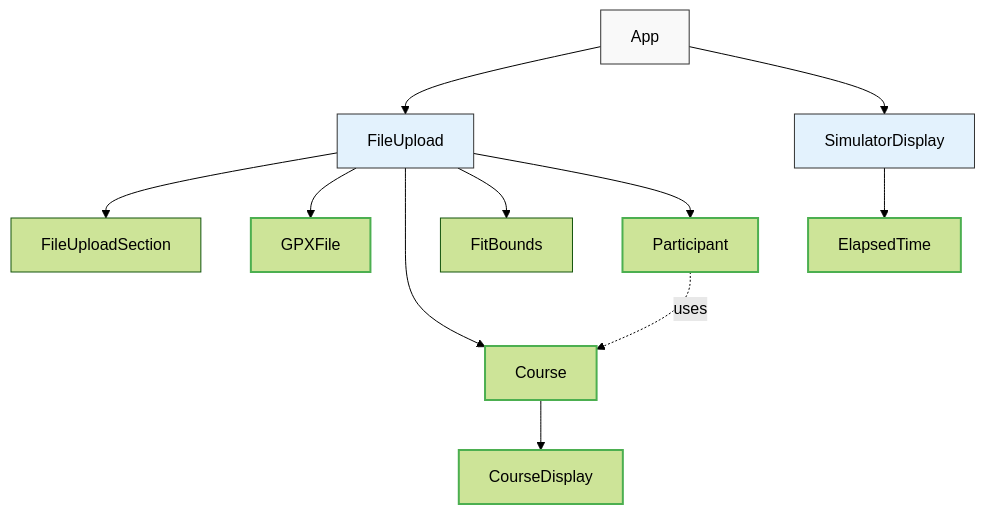
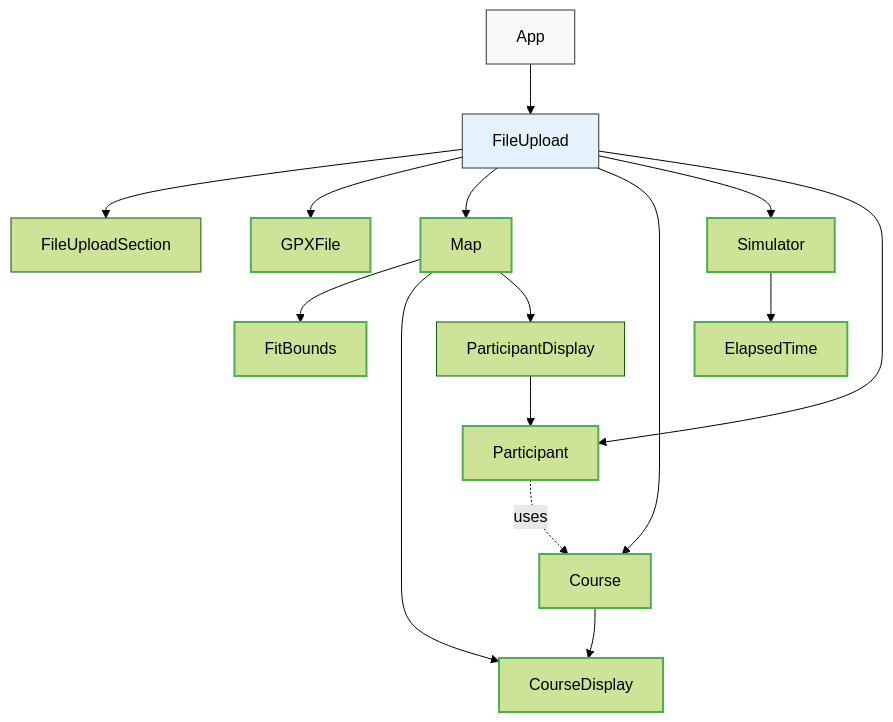
Before and after one commit to johnsyweb/crashcourse: the diagram in README.md, drawn with Mermaid (forest theme). The commit also changed other lines of this file and 17 other files, not shown here.

````diff
--- a/README.md
+++ b/README.md
@@ -133,22 +143,28 @@
 ```mermaid
 graph TD
     App[App] --> FU[FileUpload]
-    App --> SD[SimulatorDisplay]
     FU --> FUS[FileUploadSection]
     FU --> GPX[GPXFile]
+    FU --> M[Map]
+    M --> FB[FitBounds]
+    M --> CD[CourseDisplay]
+    M --> PD[ParticipantDisplay]
     FU --> C[Course]
-    C --> CD[CourseDisplay]
-    FU --> FB[FitBounds]
-    SD --> ET[ElapsedTime]
+    C --> CD
+    FU --> S[Simulator]
+    S --> ET[ElapsedTime]
     FU --> P[Participant]
     P -.uses.-> C
+    PD --> P
 
     style ET stroke:#4CAF50,stroke-width:2px
     style GPX stroke:#4CAF50,stroke-width:2px
     style C stroke:#4CAF50,stroke-width:2px
     style CD stroke:#4CAF50,stroke-width:2px
     style P stroke:#4CAF50,stroke-width:2px
+    style M stroke:#4CAF50,stroke-width:2px
+    style S stroke:#4CAF50,stroke-width:2px
+    style FB stroke:#4CAF50,stroke-width:2px
     style App fill:#f9f9f9,stroke:#333,stroke-width:1px
     style FU fill:#e3f2fd,stroke:#333,stroke-width:1px
-    style SD fill:#e3f2fd,stroke:#333,stroke-width:1px
 ```
````
